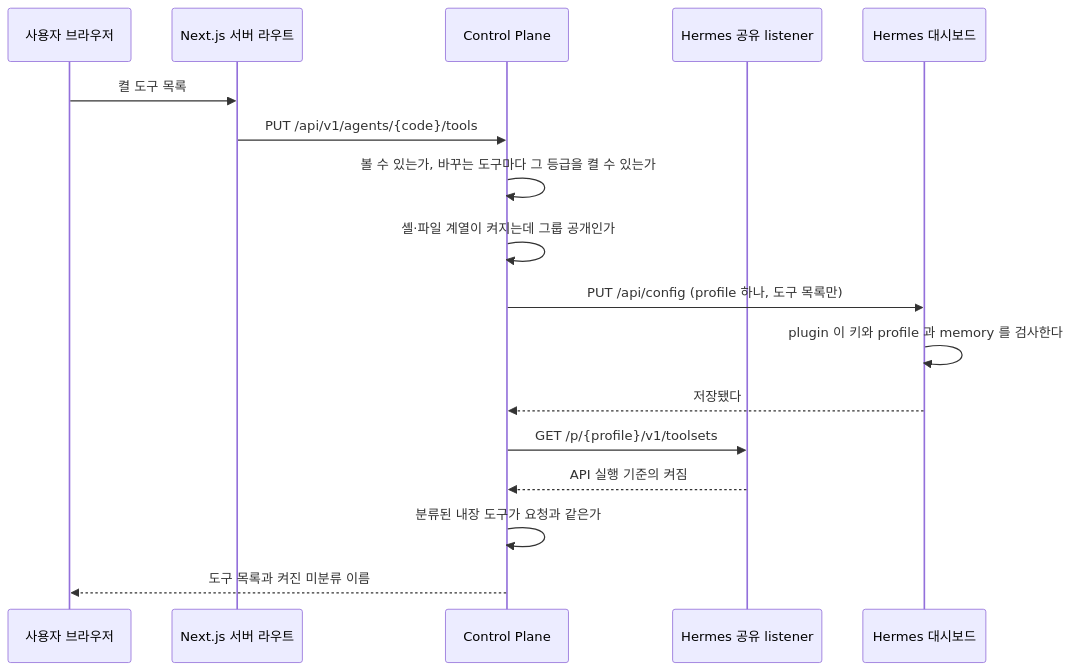
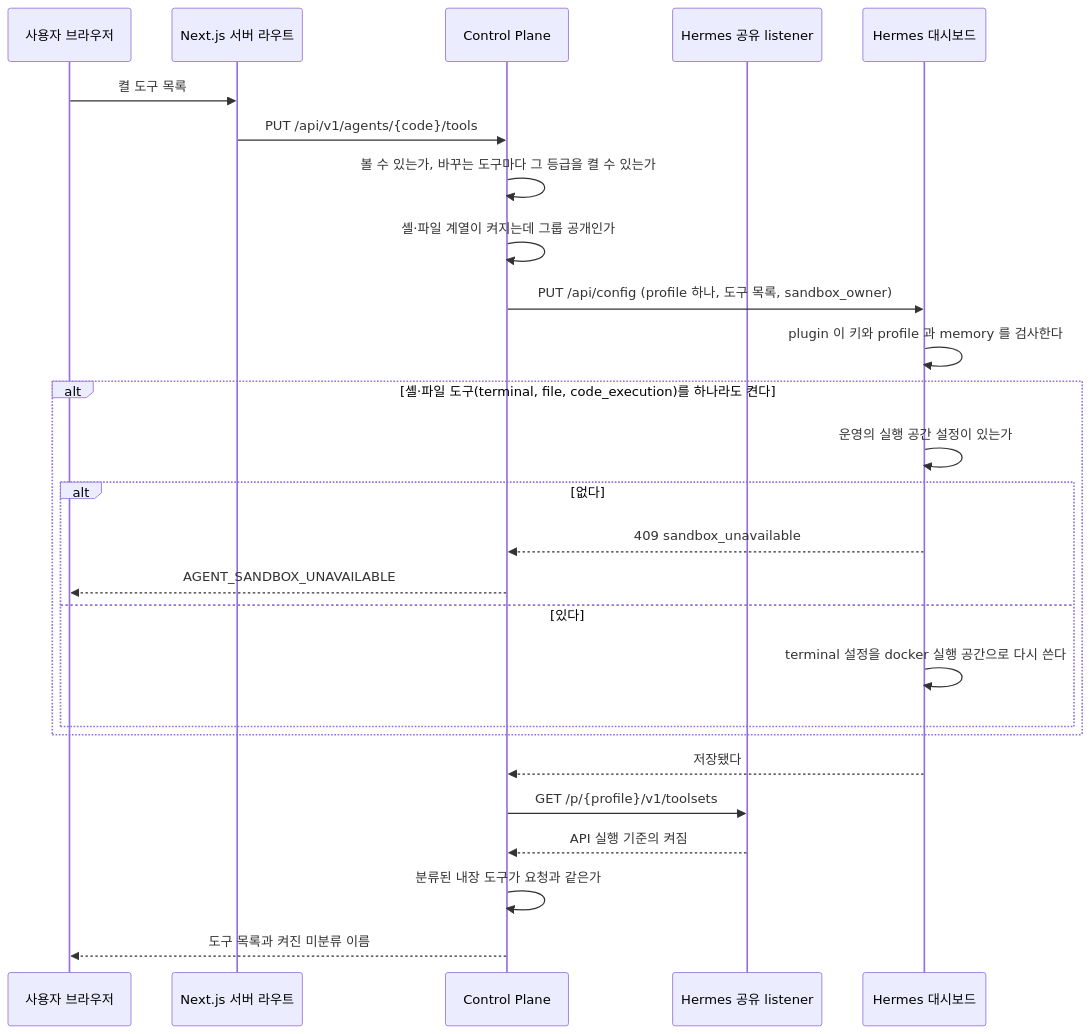
Before and after one commit to jon890/fos-assistant: the second of 2 diagrams in docs/backend/agent.md, drawn with Mermaid. The commit also changed other lines of this file and 13 other files, not shown here.

````diff
--- a/docs/backend/agent.md
+++ b/docs/backend/agent.md
@@ -201,20 +202,29 @@
 ```mermaid
 sequenceDiagram
     participant U as 사용자 브라우저
     participant W as Next.js 서버 라우트
     participant C as Control Plane
     participant L as Hermes 공유 listener
     participant D as Hermes 대시보드
 
     U->>W: 켤 도구 목록
     W->>C: PUT /api/v1/agents/{code}/tools
     C->>C: 볼 수 있는가, 바꾸는 도구마다 그 등급을 켤 수 있는가
     C->>C: 셸·파일 계열이 켜지는데 그룹 공개인가
-    C->>D: PUT /api/config (profile 하나, 도구 목록만)
+    C->>D: PUT /api/config (profile 하나, 도구 목록, sandbox_owner)
     D->>D: plugin 이 키와 profile 과 memory 를 검사한다
+    alt 셸·파일 도구(terminal, file, code_execution)를 하나라도 켠다
+        D->>D: 운영의 실행 공간 설정이 있는가
+        alt 없다
+            D-->>C: 409 sandbox_unavailable
+            C-->>U: AGENT_SANDBOX_UNAVAILABLE
+        else 있다
+            D->>D: terminal 설정을 docker 실행 공간으로 다시 쓴다
+        end
+    end
     D-->>C: 저장됐다
     C->>L: GET /p/{profile}/v1/toolsets
     L-->>C: API 실행 기준의 켜짐
     C->>C: 분류된 내장 도구가 요청과 같은가
     C-->>U: 도구 목록과 켜진 미분류 이름
 ```
````
